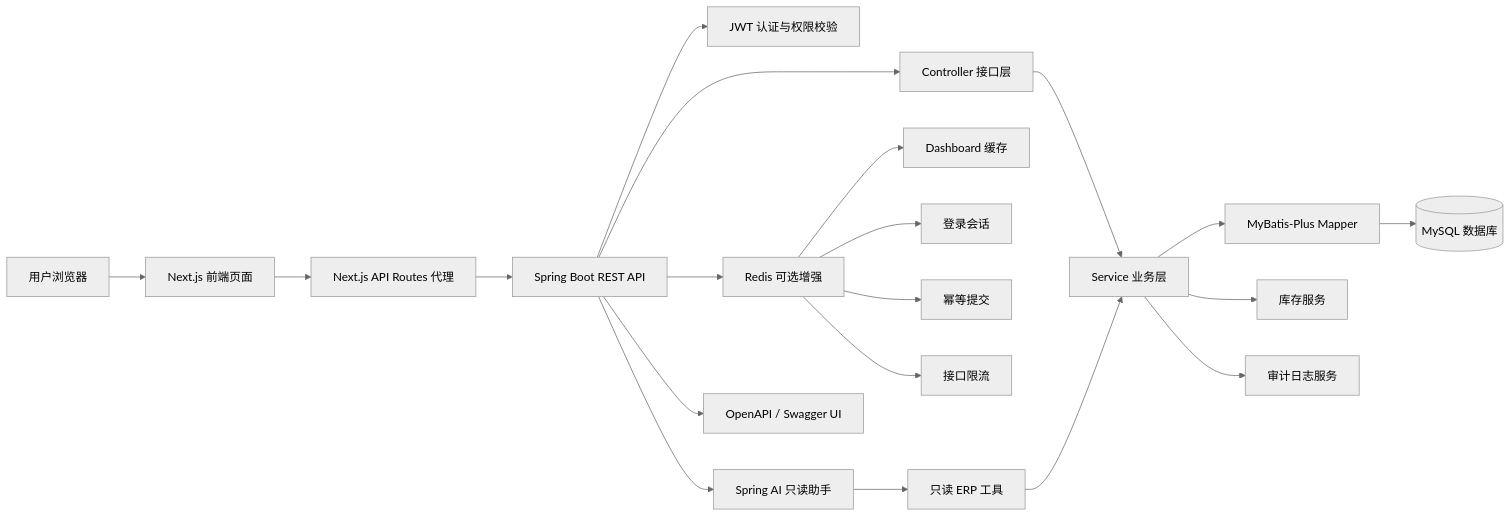
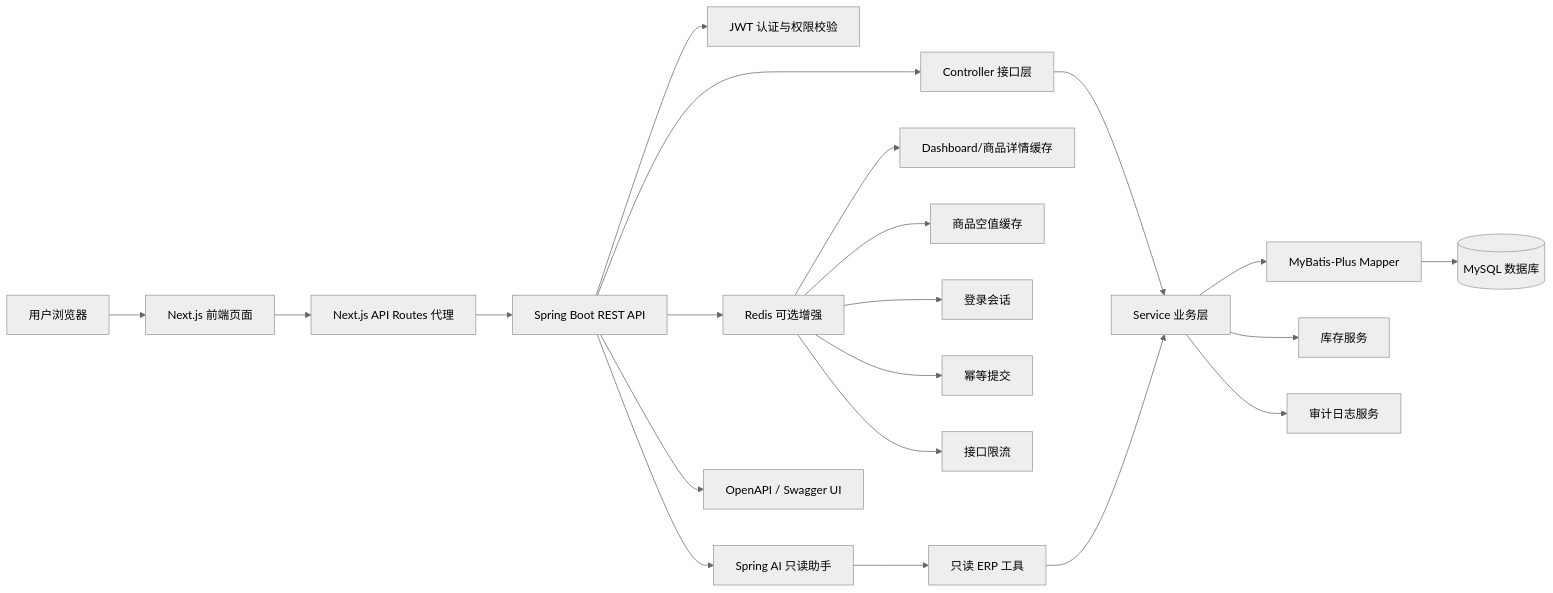
One commit to JiangLige/AsterFlow-ERP changed the first of 3 diagrams in docs/ARCHITECTURE.md. Above: the diagram before and after it, drawn with Mermaid (neutral theme). The commit also changed other lines of this file and 15 other files, not shown here.

````diff
--- a/docs/ARCHITECTURE.md
+++ b/docs/ARCHITECTURE.md
@@ -46,25 +46,26 @@
 ```mermaid
 flowchart LR
     Browser["用户浏览器"] --> Frontend["Next.js 前端页面"]
     Frontend --> ApiProxy["Next.js API Routes 代理"]
     ApiProxy --> Backend["Spring Boot REST API"]
 
     Backend --> Auth["JWT 认证与权限校验"]
     Backend --> Controller["Controller 接口层"]
     Controller --> Service["Service 业务层"]
     Service --> Mapper["MyBatis-Plus Mapper"]
     Mapper --> Database[("MySQL 数据库")]
 
     Service --> Inventory["库存服务"]
     Service --> Audit["审计日志服务"]
     Backend --> Redis["Redis 可选增强"]
     Backend --> AI["Spring AI 只读助手"]
     Backend --> OpenApi["OpenAPI / Swagger UI"]
 
-    Redis --> Cache["Dashboard 缓存"]
+    Redis --> Cache["Dashboard/商品详情缓存"]
+    Redis --> NullCache["商品空值缓存"]
     Redis --> Session["登录会话"]
     Redis --> Idempotency["幂等提交"]
     Redis --> RateLimit["接口限流"]
     AI --> Tools["只读 ERP 工具"]
     Tools --> Service
 ```
````
